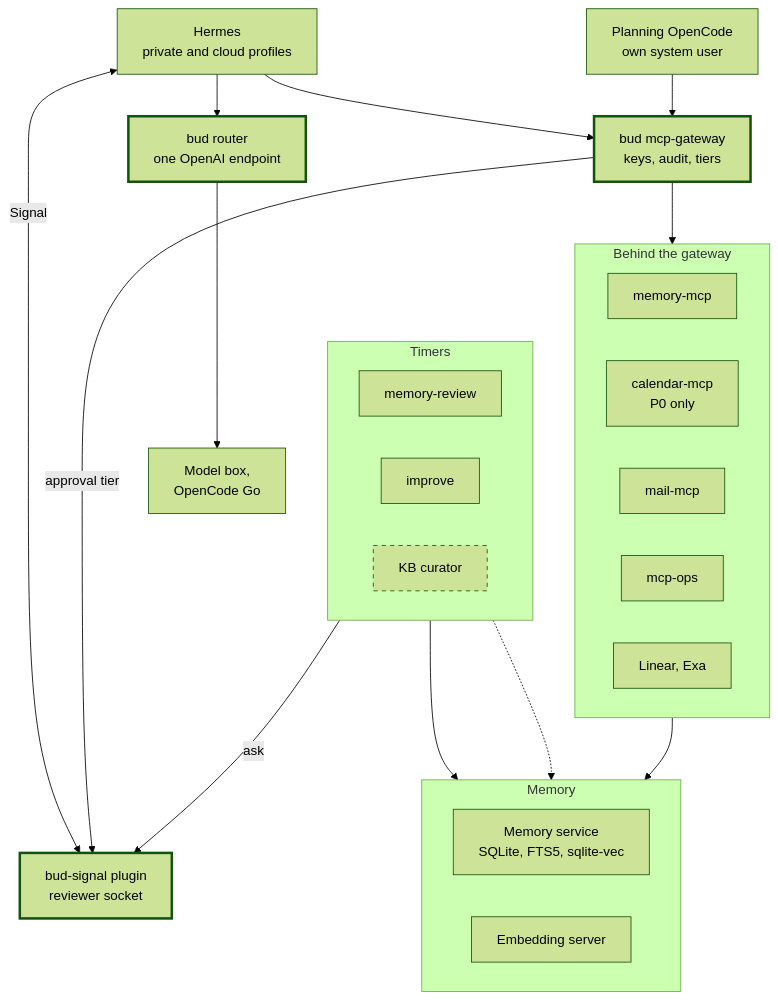
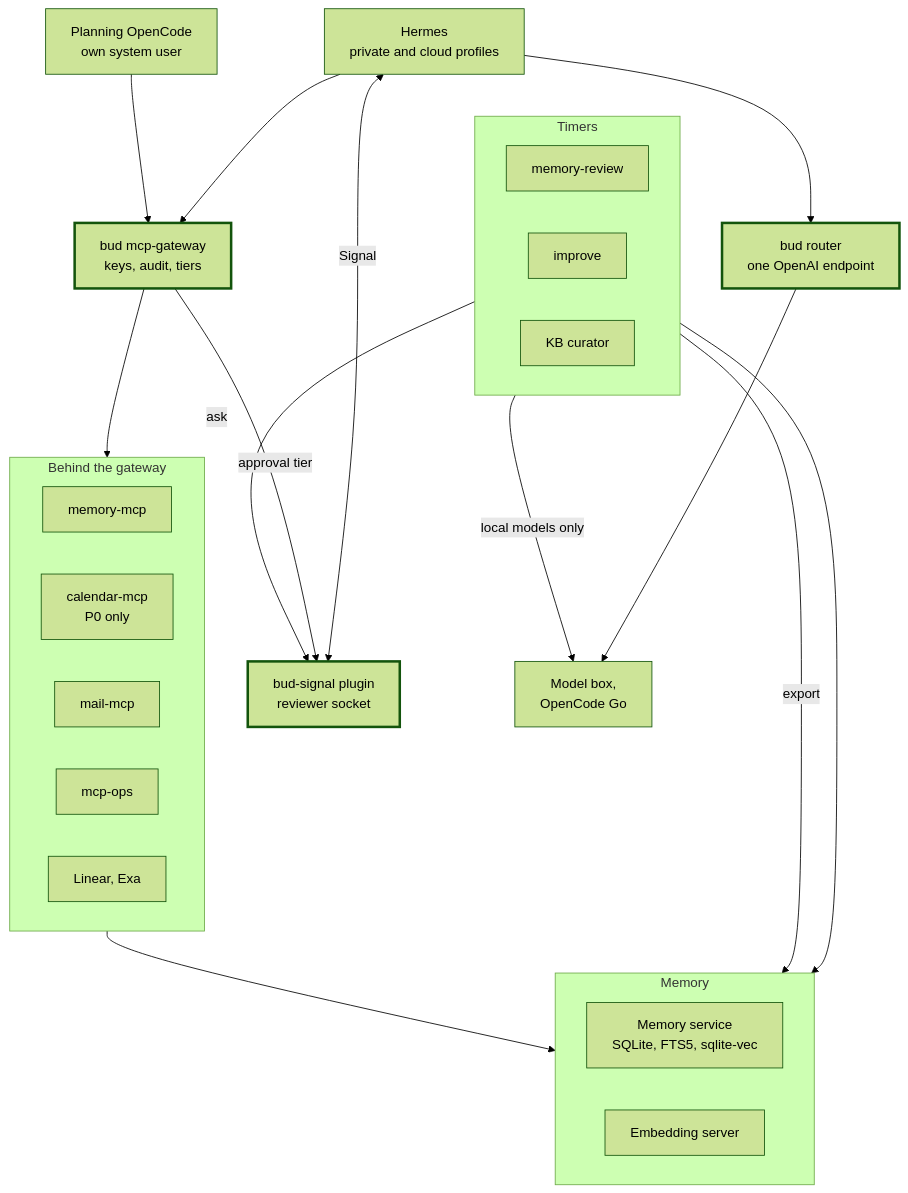
One commit to jgarner9/bud changed the second of 6 diagrams in docs/architecture.md. Above: the diagram before and after it, drawn with Mermaid (forest theme). The commit also changed other lines of this file and 20 other files, not shown here.

````diff
--- a/docs/architecture.md
+++ b/docs/architecture.md
@@ -74,48 +74,49 @@
 ```mermaid
 flowchart TB
   classDef planned stroke-dasharray: 5 5
   classDef gate stroke-width:3px
 
   hermes["Hermes<br/>private and cloud profiles"]
   plan["Planning OpenCode<br/>own system user"]
 
   router["bud router<br/>one OpenAI endpoint"]:::gate
   gw["bud mcp-gateway<br/>keys, audit, tiers"]:::gate
   signal["bud-signal plugin<br/>reviewer socket"]:::gate
 
   subgraph upstreams["Behind the gateway"]
     direction LR
     mem["memory-mcp"]
     cal["calendar-mcp<br/>P0 only"]
     mail["mail-mcp"]
     ops["mcp-ops"]
     cloudtools["Linear, Exa"]
   end
 
   models["Model box,<br/>OpenCode Go"]
 
   subgraph memory["Memory"]
     direction LR
     memsvc["Memory service<br/>SQLite, FTS5, sqlite-vec"]
     embed["Embedding server"]
   end
 
   subgraph timers["Timers"]
     direction LR
     review["memory-review"]
     improve["improve"]
-    curator["KB curator"]:::planned
+    curator["KB curator"]
   end
 
   hermes --> gw
   plan --> gw
   hermes --> router
   hermes <-- "Signal" --> signal
   gw --> upstreams
   gw -- "approval tier" --> signal
   router --> models
   mem --> memory
   review --> memsvc
   review -- "ask" --> signal
-  curator -.-> memsvc
+  curator -- "export" --> memsvc
+  curator -- "local models only" --> models
 ```
````
